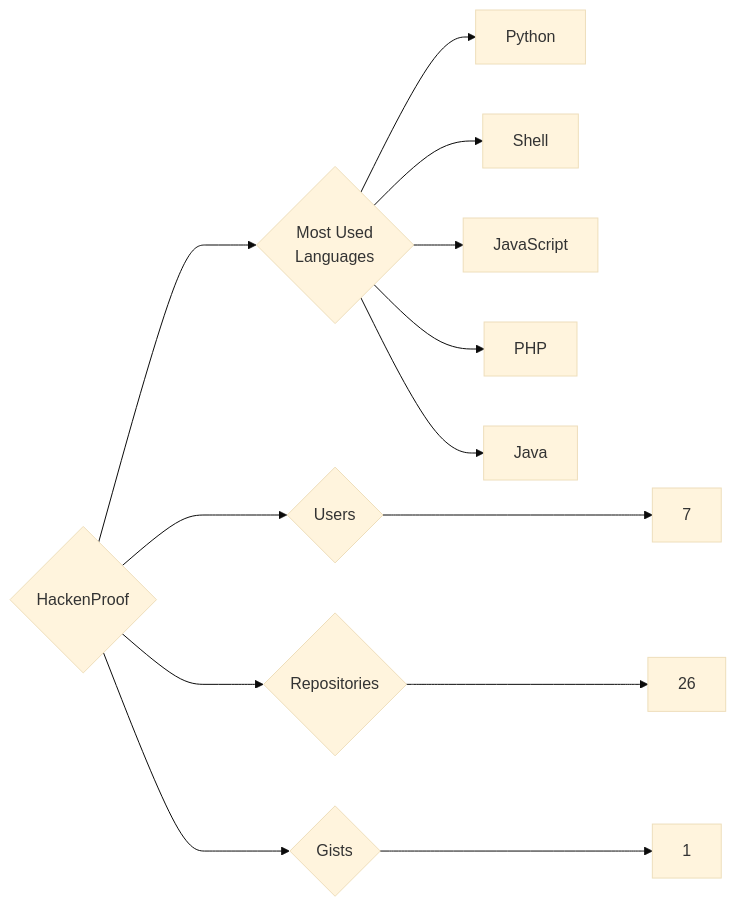
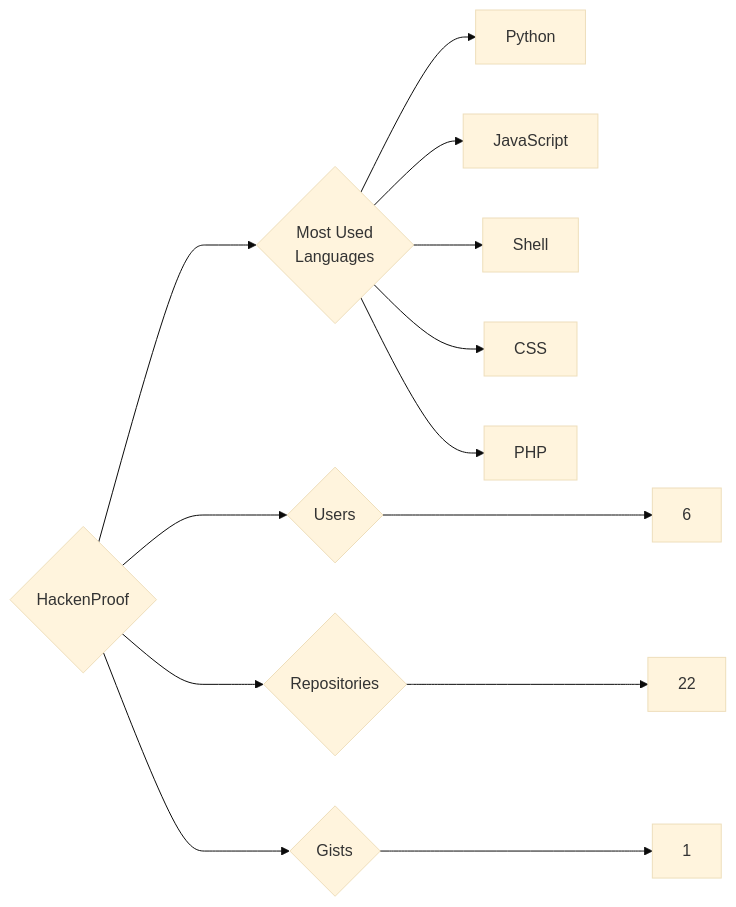
The diagram in targets/HackenProof/README.md (trickest/insiders), drawn with Mermaid (base theme) before and after one commit. The commit also changed 1084 other files, not shown here.

````diff
--- a/targets/HackenProof/README.md
+++ b/targets/HackenProof/README.md
@@ -3,13 +3,13 @@
 ```mermaid
 graph LR
 COMPANY_NAME{HackenProof}
-COMPANY_NAME ---> U{Users} ---> UN[7]
-COMPANY_NAME ---> R{Repositories} ---> RN[26]
+COMPANY_NAME ---> U{Users} ---> UN[6]
+COMPANY_NAME ---> R{Repositories} ---> RN[22]
 COMPANY_NAME ---> G{Gists} ---> GN[1]
 COMPANY_NAME ---> ML{Most Used<br>Languages}
 ML --> Python[Python]
+ML --> JavaScript[JavaScript]
 ML --> Shell[Shell]
-ML --> JavaScript[JavaScript]
+ML --> CSS[CSS]
 ML --> PHP[PHP]
-ML --> Java[Java]
 ```
````
